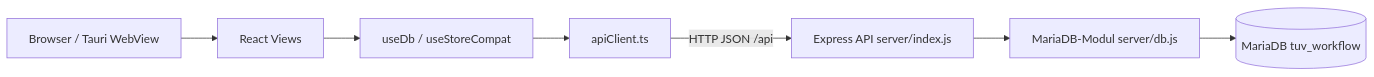
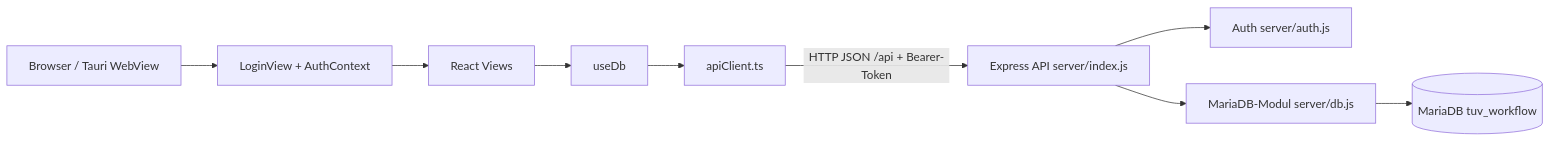
One commit to maroxd3/tuv-workflow-web changed the first of 3 diagrams in docs/design.md. Above: the diagram before and after it, drawn with Mermaid. The commit also changed other lines of this file and 12 other files, not shown here.

````diff
--- a/docs/design.md
+++ b/docs/design.md
@@ -10,14 +10,17 @@
 ```mermaid
 flowchart LR
   user[Browser / Tauri WebView]
+  login[LoginView + AuthContext]
   ui[React Views]
-  hook[useDb / useStoreCompat]
+  hook[useDb]
   apiClient[apiClient.ts]
   api[Express API server/index.js]
+  auth[Auth server/auth.js]
   dbmod[MariaDB-Modul server/db.js]
   maria[(MariaDB tuv_workflow)]
 
-  user --> ui --> hook --> apiClient
-  apiClient -->|HTTP JSON /api| api
+  user --> login --> ui --> hook --> apiClient
+  apiClient -->|HTTP JSON /api + Bearer-Token| api
+  api --> auth
   api --> dbmod --> maria
 ```
````
